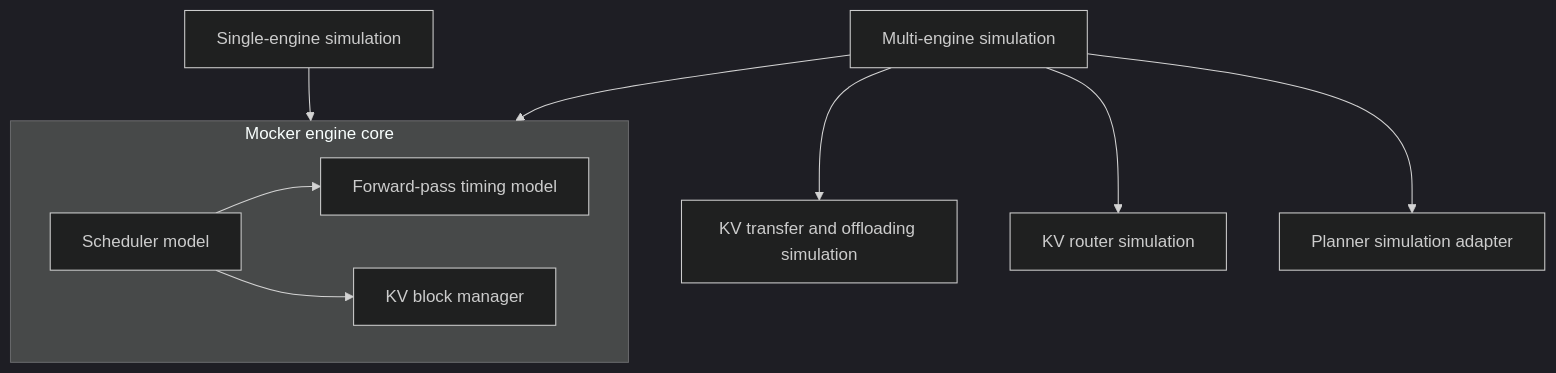
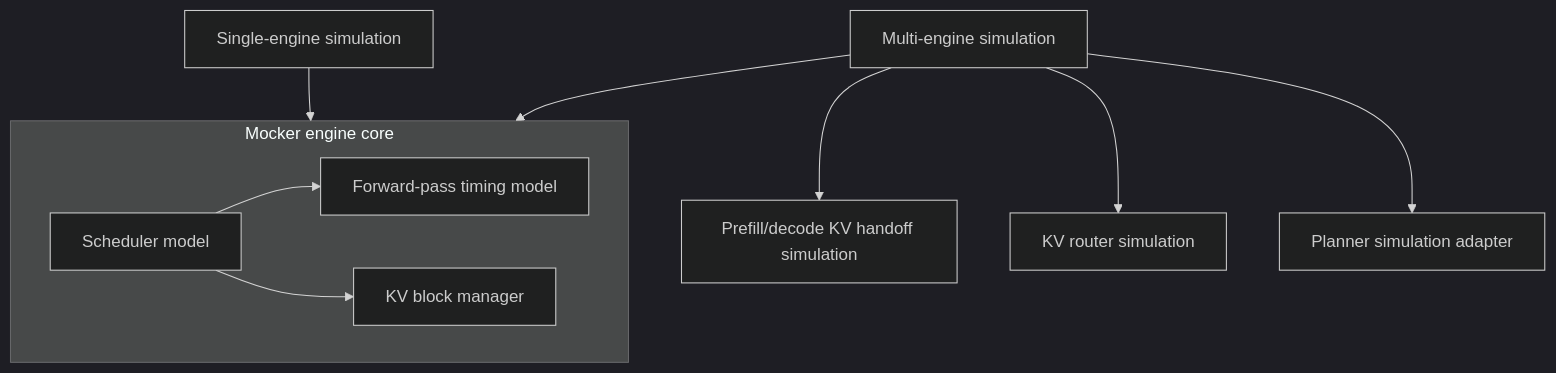
The third of 4 diagrams in fern/pages-dev/developer-guide/knowledge-base/concepts/simulation/dynosim-architecture.md (ai-dynamo/dynamo), drawn with Mermaid (dark theme) before and after one commit. The commit also changed other lines of this file and 14 other files, not shown here.

````diff
--- a/fern/pages-dev/developer-guide/knowledge-base/concepts/simulation/dynosim-architecture.md
+++ b/fern/pages-dev/developer-guide/knowledge-base/concepts/simulation/dynosim-architecture.md
@@ -64,19 +64,19 @@
 ```mermaid
 flowchart TD
     subgraph CORE["Mocker engine core"]
         S["Scheduler model"] --> F["Forward-pass timing model"]
         S --> K["KV block manager"]
     end
 
-    T["KV transfer and offloading simulation"]
+    T["Prefill/decode KV handoff simulation"]
     R["KV router simulation"]
     P["Planner simulation adapter"]
     SES["Single-engine simulation"]
     MES["Multi-engine simulation"]
 
     SES --> CORE
     MES --> CORE
     MES --> T
     MES --> R
     MES --> P
 ```
````
